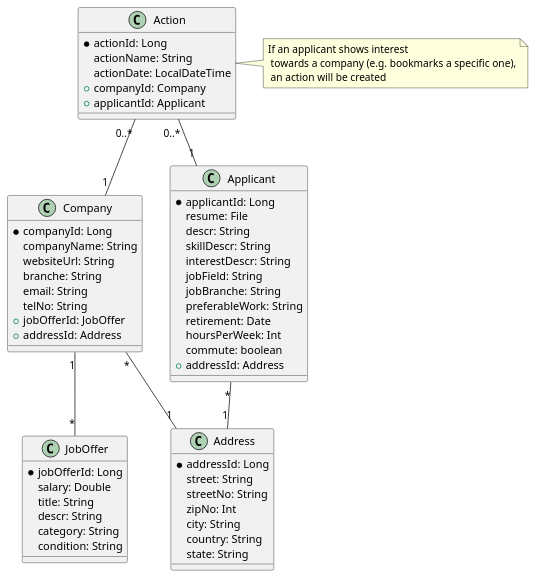
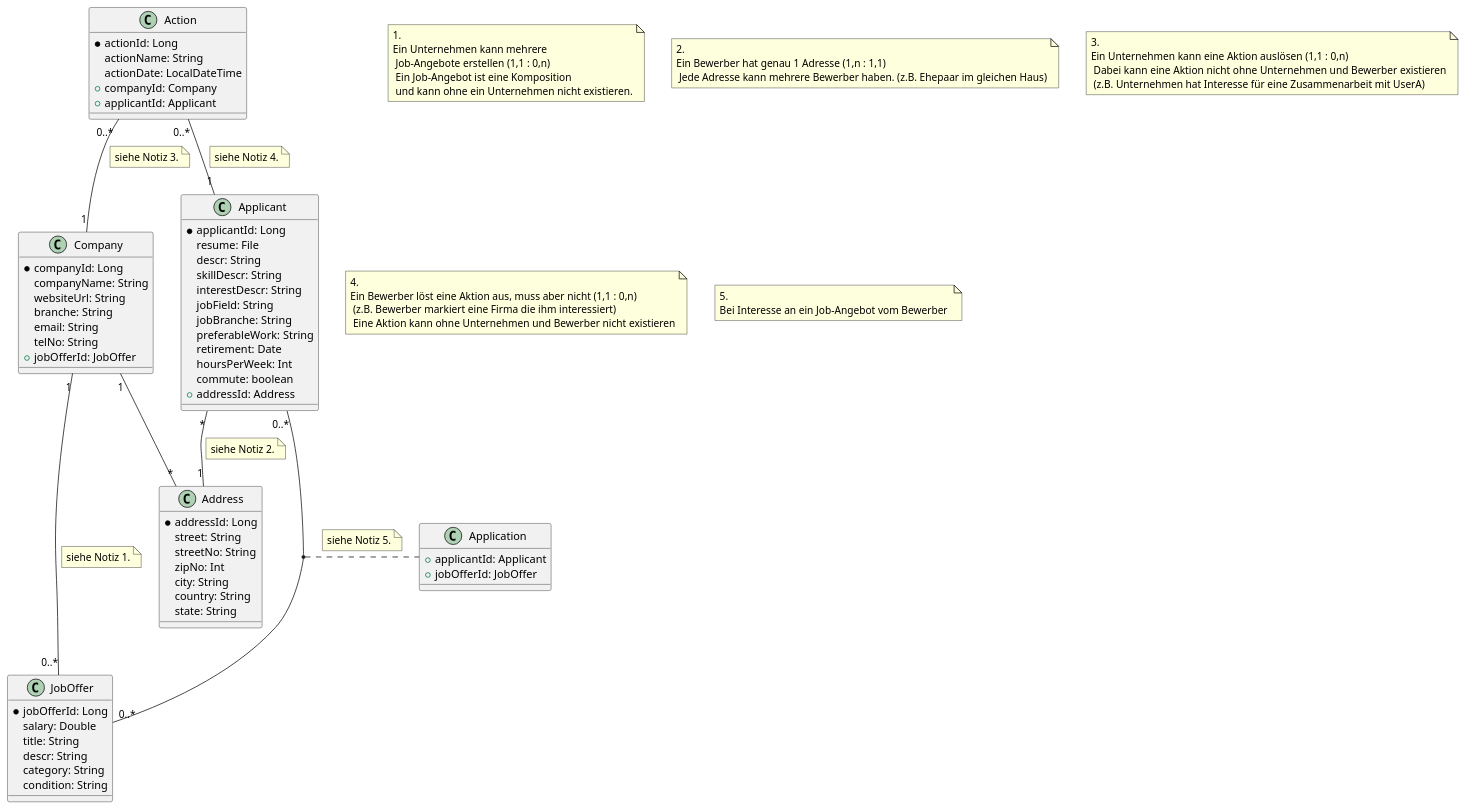
Before and after one commit to kalinkesilvio/da-job-vermittlung: the diagram in asciidocs/vermittlung_datenmodell.puml, drawn with PlantUML. The commit also changed 7 other files, not shown here.

```diff
--- a/asciidocs/vermittlung_datenmodell.puml
+++ b/asciidocs/vermittlung_datenmodell.puml
@@ -1,92 +1,111 @@
 @startuml
 'https://plantuml.com/class-diagram
 
 'class User {
 '    * userId: Long
 '    roleName: Enum
 '    + roleId: Long
 '    email: String
 '    password: String
 '}
 /'class ContactPerson {
     * id: Long
     title: Enum
     firstName: String
     lastName: String
 }'/
 class JobOffer {
     * jobOfferId: Long
     salary: Double
     title: String
     descr: String
     category: String
     condition: String
 '    + offerDetailsId: OfferDetails
 }
 'class OfferDetails {
 '    * offerDetailsId: Long
 '    salary: Double
 '    + addressId: Address
 '}
 class Company {
     * companyId: Long
     companyName: String
     websiteUrl: String
     branche: String
     email: String
     telNo: String
     + jobOfferId: JobOffer
     '+ contactPersonId: ContactPerson
-    + addressId: Address
+    '+ addressId: Address
 }
 class Address {
     * addressId: Long
     street: String
     streetNo: String
     zipNo: Int
     city: String
     country: String
     state: String
 }
 class Applicant {
     * applicantId: Long
     resume: File
     descr: String
     skillDescr: String
     interestDescr: String
     jobField: String
     jobBranche: String
     preferableWork: String
     retirement: Date
     hoursPerWeek: Int
     commute: boolean
     + addressId: Address
 }
 class Action {
     * actionId: Long
     actionName: String
     actionDate: LocalDateTime
     + companyId: Company
     + applicantId: Applicant
 }
 
-note "If an applicant shows interest\n towards a company (e.g. bookmarks a specific one),\n an action will be created" as N1
+'note "If an applicant shows interest\n towards a company (e.g. bookmarks a specific one),\n an action will be created" as N1
 'class Admin {
 '    * adminId: Long
 '}
 
+note "1. \nEin Unternehmen kann mehrere\n Job-Angebote erstellen (1,1 : 0,n)\n Ein Job-Angebot ist eine Komposition\n und kann ohne ein Unternehmen nicht existieren." as N1
+note "2. \nEin Bewerber hat genau 1 Adresse (1,n : 1,1)\n Jede Adresse kann mehrere Bewerber haben. (z.B. Ehepaar im gleichen Haus)" as N2
+note "3. \nEin Unternehmen kann eine Aktion auslösen (1,1 : 0,n)\n Dabei kann eine Aktion nicht ohne Unternehmen und Bewerber existieren\n (z.B. Unternehmen hat Interesse für eine Zusammenarbeit mit UserA)" as N3
+note "4. \nEin Bewerber löst eine Aktion aus, muss aber nicht (1,1 : 0,n)\n (z.B. Bewerber markiert eine Firma die ihm interessiert)\n Eine Aktion kann ohne Unternehmen und Bewerber nicht existieren" as N4
+note "5. \nBei Interesse an ein Job-Angebot vom Bewerber " as N6
 'User "*" -- "1" Company
 'User "*" -- "1" Senior
 'User "1" -- "1" Admin
 'JobOffer "1" -- "1" OfferDetails
-Company "1" -- "*" JobOffer
+Company "1" -- "0..*" JobOffer
+note left on link : siehe Notiz 1.
 'Company "1" -- "1" ContactPerson
 Applicant "*" -- "1" Address
-Company "*" -- "1" Address
+note right on link : siehe Notiz 2.
+Company "1" -- "*" Address
+'note left on link : "Ein Unternehmen kann mehrere Adressen (=Standorte) haben (1,1 : n)"
 Company "1" -up- "0..*" Action
+note left on link : siehe Notiz 3.
 Applicant "1" -up- "0..*" Action
+note right on link : siehe Notiz 4.
+Applicant "0..*" -- "0..*" JobOffer
+(Applicant, JobOffer) .. Application
+note right on link: siehe Notiz 5.
+
+class Application {
+    + applicantId: Applicant
+    + jobOfferId: JobOffer
+}
+
 'OfferDetails "1" -left-- "1" Address
-Action .right. N1
+'Action .right. N1
 
 
 @enduml
```
